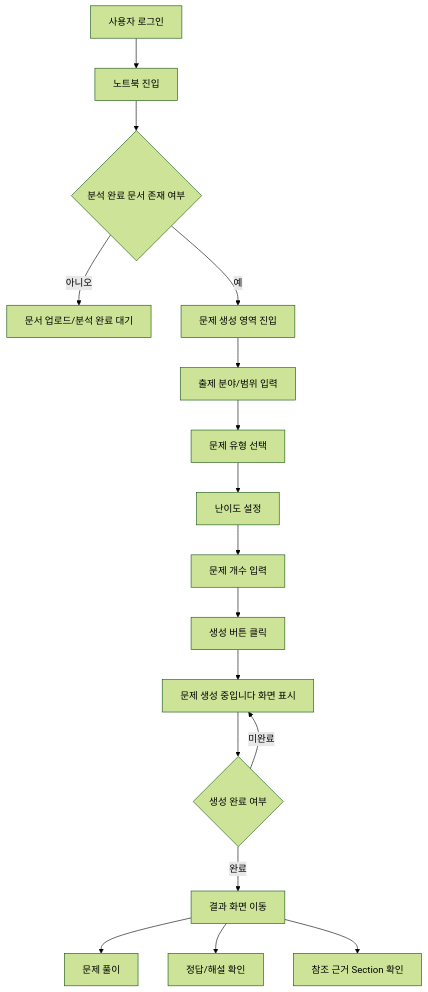
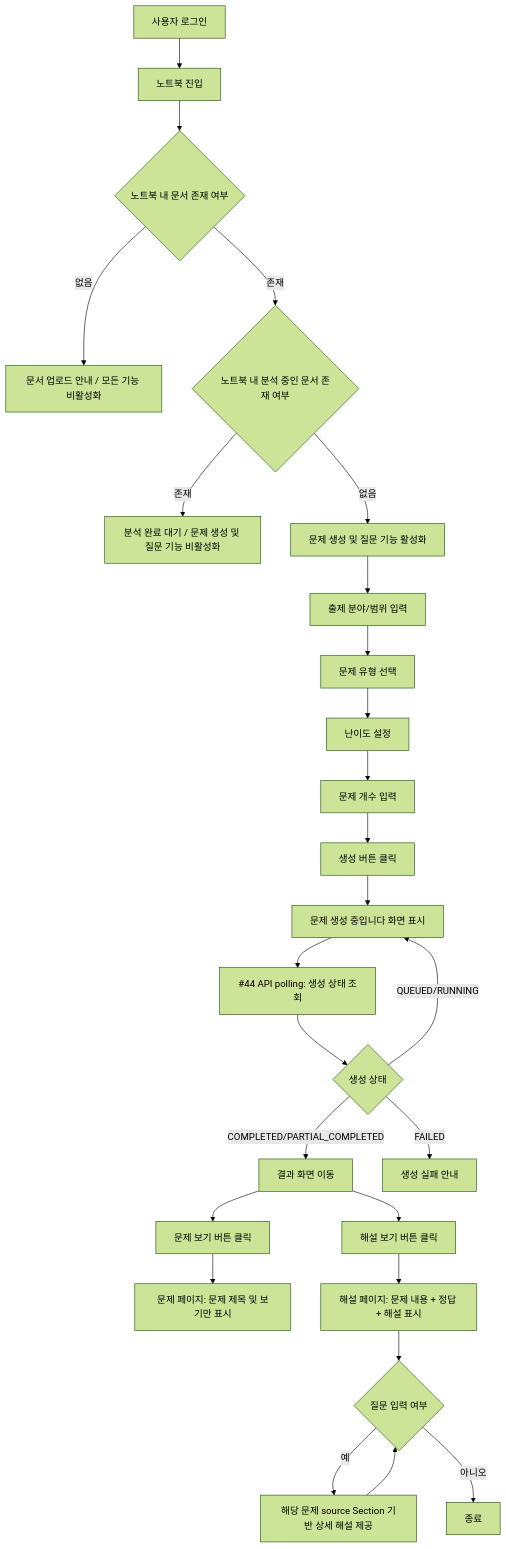
One commit to gitjs523/GPT_CapstoneDesign changed the fourth of 10 diagrams in docs/flow-chart.md. Above: the diagram before and after it, drawn with Mermaid (forest theme). The commit also changed other lines of this file and 22 other files, not shown here.

````diff
--- a/docs/flow-chart.md
+++ b/docs/flow-chart.md
@@ -106,19 +171,28 @@
 ```mermaid
 flowchart TD
     A[사용자 로그인] --> B[노트북 진입]
-    B --> C{분석 완료 문서 존재 여부}
-    C -- 아니오 --> D[문서 업로드/분석 완료 대기]
-    C -- 예 --> E[문제 생성 영역 진입]
+    B --> B2{노트북 내 문서 존재 여부}
+    B2 -- 없음 --> D2[문서 업로드 안내 / 모든 기능 비활성화]
+    B2 -- 존재 --> C{노트북 내 분석 중인 문서 존재 여부}
+    C -- 존재 --> D[분석 완료 대기 / 문제 생성 및 질문 기능 비활성화]
+    C -- 없음 --> E[문제 생성 및 질문 기능 활성화]
     E --> F[출제 분야/범위 입력]
     F --> G[문제 유형 선택]
     G --> H[난이도 설정]
     H --> I[문제 개수 입력]
     I --> J[생성 버튼 클릭]
     J --> K[문제 생성 중입니다 화면 표시]
-    K --> L{생성 완료 여부}
-    L -- 완료 --> M[결과 화면 이동]
-    L -- 미완료 --> K
-    M --> N[문제 풀이]
-    M --> O[정답/해설 확인]
-    M --> P[참조 근거 Section 확인]
+    K --> K2[#44 API polling: 생성 상태 조회]
+    K2 --> L{생성 상태}
+    L -- QUEUED/RUNNING --> K
+    L -- COMPLETED/PARTIAL_COMPLETED --> M[결과 화면 이동]
+    L -- FAILED --> L2[생성 실패 안내]
+    M --> N[문제 보기 버튼 클릭]
+    M --> O[해설 보기 버튼 클릭]
+    N --> P[문제 페이지: 문제 제목 및 보기만 표시]
+    O --> Q[해설 페이지: 문제 내용 + 정답 + 해설 표시]
+    Q --> R{질문 입력 여부}
+    R -- 예 --> S[해당 문제 source Section 기반 상세 해설 제공]
+    S --> R
+    R -- 아니오 --> T[종료]
 ```
````
